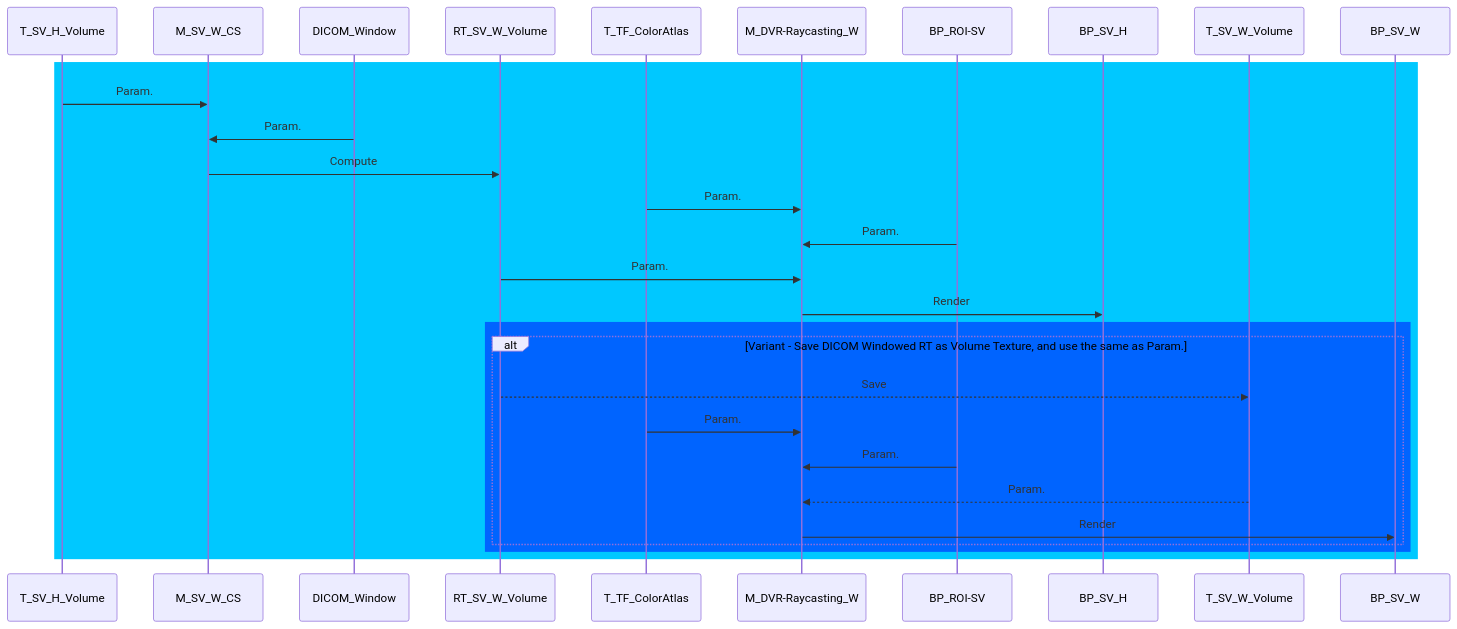
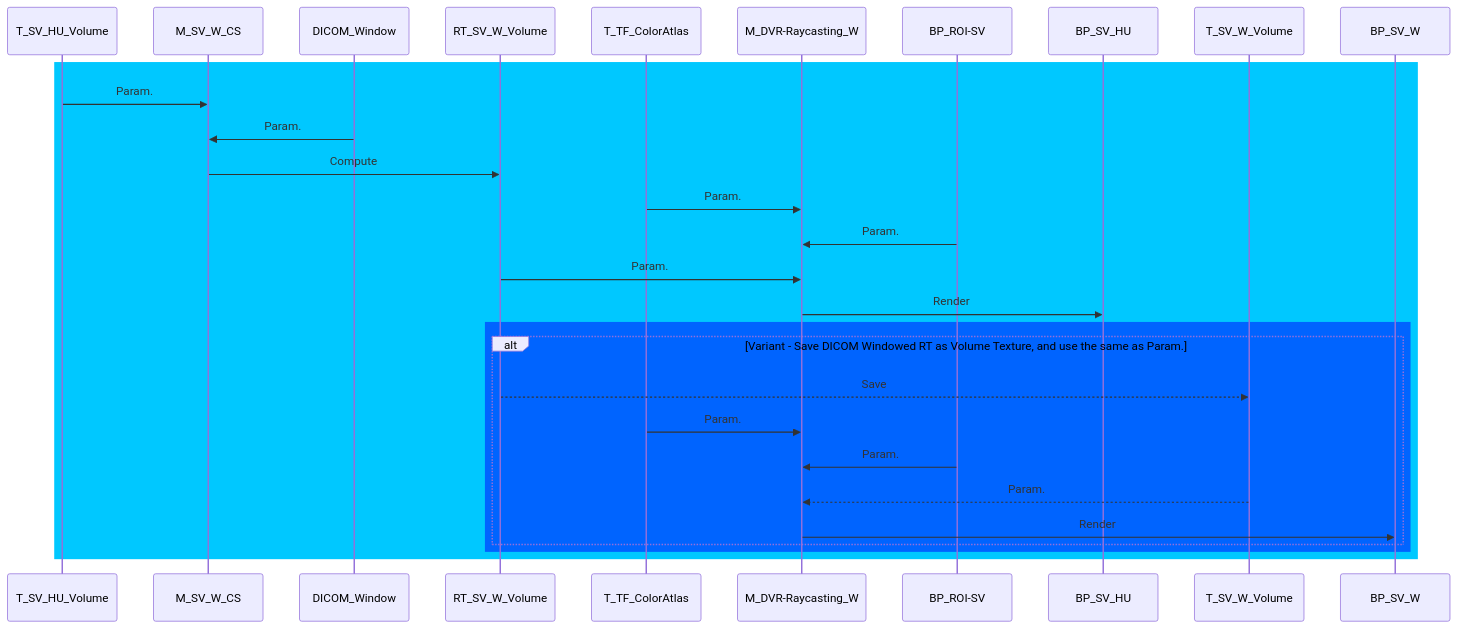
One commit to brugr9/UEPluginVolumeCreator changed the second of 7 diagrams in README.md. Above: the diagram before and after it, drawn with Mermaid. The commit also changed other lines of this file, not shown here.

````diff
--- a/README.md
+++ b/README.md
@@ -166,21 +166,21 @@
 ```mermaid
 sequenceDiagram
   rect rgb(0, 200, 255)
-    T_SV_H_Volume->>M_SV_W_CS: Param.
+    T_SV_HU_Volume->>M_SV_W_CS: Param.
     DICOM_Window->>M_SV_W_CS: Param.
     M_SV_W_CS->>RT_SV_W_Volume: Compute
     T_TF_ColorAtlas->>M_DVR-Raycasting_W: Param.
     BP_ROI-SV->>M_DVR-Raycasting_W: Param.
     RT_SV_W_Volume->>M_DVR-Raycasting_W: Param.
-    M_DVR-Raycasting_W->>BP_SV_H: Render
+    M_DVR-Raycasting_W->>BP_SV_HU: Render
     rect rgb(0, 100, 255)
       alt Variant - Save DICOM Windowed RT as Volume Texture, and use the same as Param.
         RT_SV_W_Volume-->>T_SV_W_Volume: Save
         T_TF_ColorAtlas->>M_DVR-Raycasting_W: Param.
         BP_ROI-SV->>M_DVR-Raycasting_W: Param.
         T_SV_W_Volume-->>M_DVR-Raycasting_W: Param.
         M_DVR-Raycasting_W->>BP_SV_W: Render
       end
     end
   end
 ```
````
